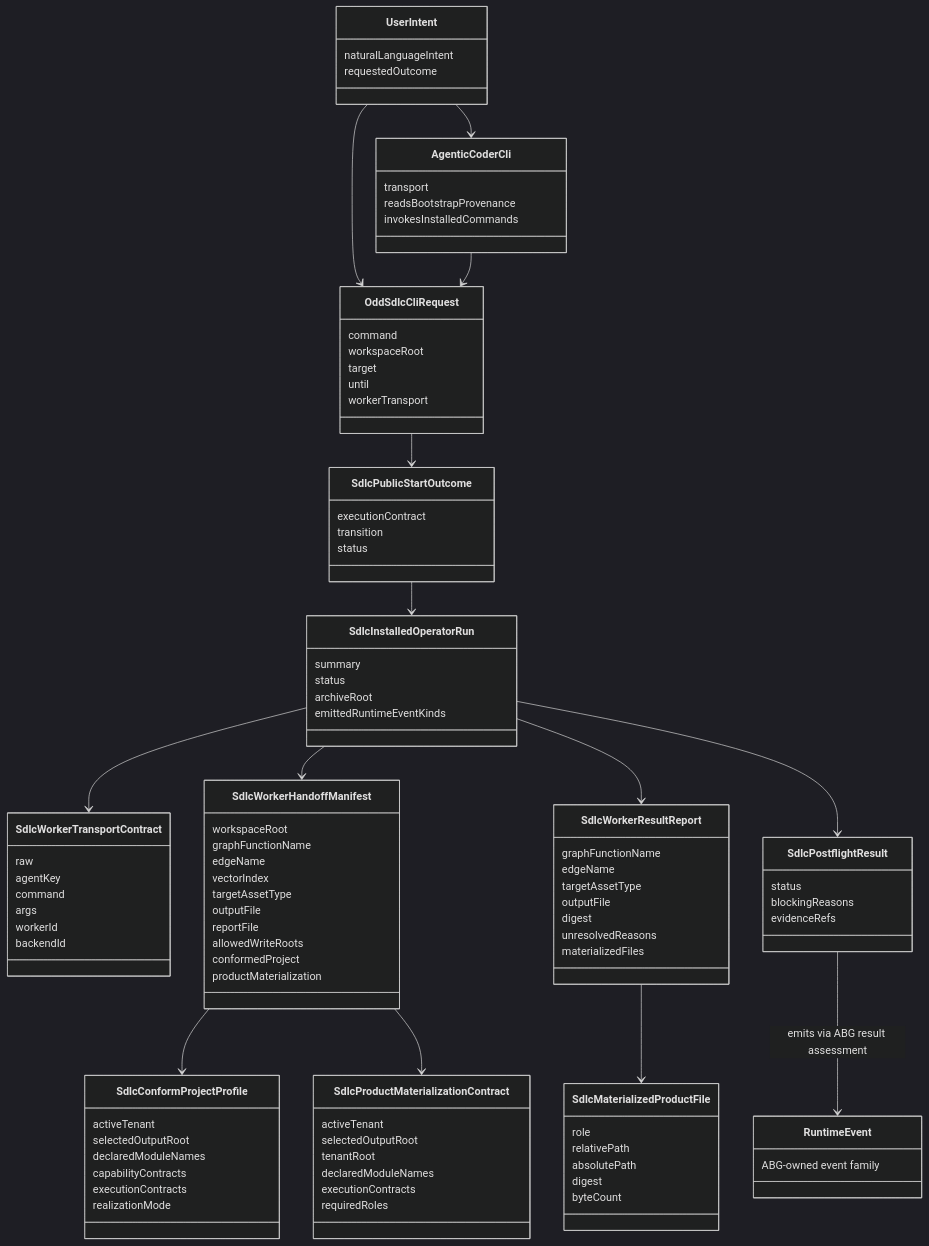
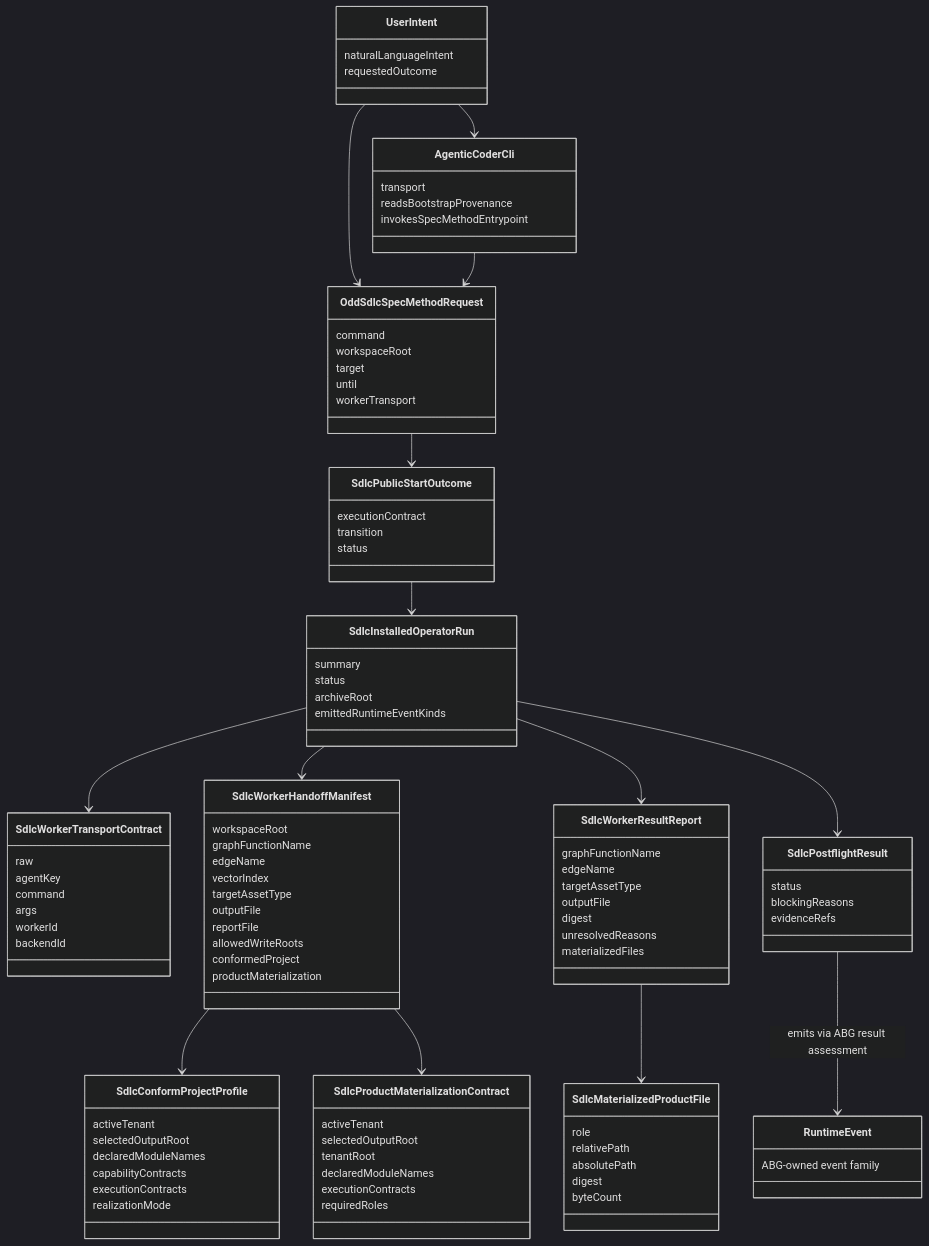
Before and after one commit to foolishimp/odd_sdlc: the diagram in build_tenants/typescript/design/ODD_SDLC_TYPESCRIPT_INSTALLED_OPERATOR_UX.md, drawn with Mermaid (dark theme). The commit also changed other lines of this file and 106 other files, not shown here.

First line of the commit message:
checkpoint: capture odd_sdlc migration worktree

```diff
--- a/build_tenants/typescript/design/ODD_SDLC_TYPESCRIPT_INSTALLED_OPERATOR_UX.md
+++ b/build_tenants/typescript/design/ODD_SDLC_TYPESCRIPT_INSTALLED_OPERATOR_UX.md
@@ -48,10 +49,10 @@
   class AgenticCoderCli {
     transport
     readsBootstrapProvenance
-    invokesInstalledCommands
+    invokesSpecMethodEntrypoint
   }
 
-  class OddSdlcCliRequest {
+  class OddSdlcSpecMethodRequest {
     command
     workspaceRoot
     target
@@ -141,9 +142,9 @@
   }
 
   UserIntent --> AgenticCoderCli
-  UserIntent --> OddSdlcCliRequest
-  AgenticCoderCli --> OddSdlcCliRequest
-  OddSdlcCliRequest --> SdlcPublicStartOutcome
+  UserIntent --> OddSdlcSpecMethodRequest
+  AgenticCoderCli --> OddSdlcSpecMethodRequest
+  OddSdlcSpecMethodRequest --> SdlcPublicStartOutcome
   SdlcPublicStartOutcome --> SdlcInstalledOperatorRun
   SdlcInstalledOperatorRun --> SdlcWorkerTransportContract
   SdlcInstalledOperatorRun --> SdlcWorkerHandoffManifest
```
